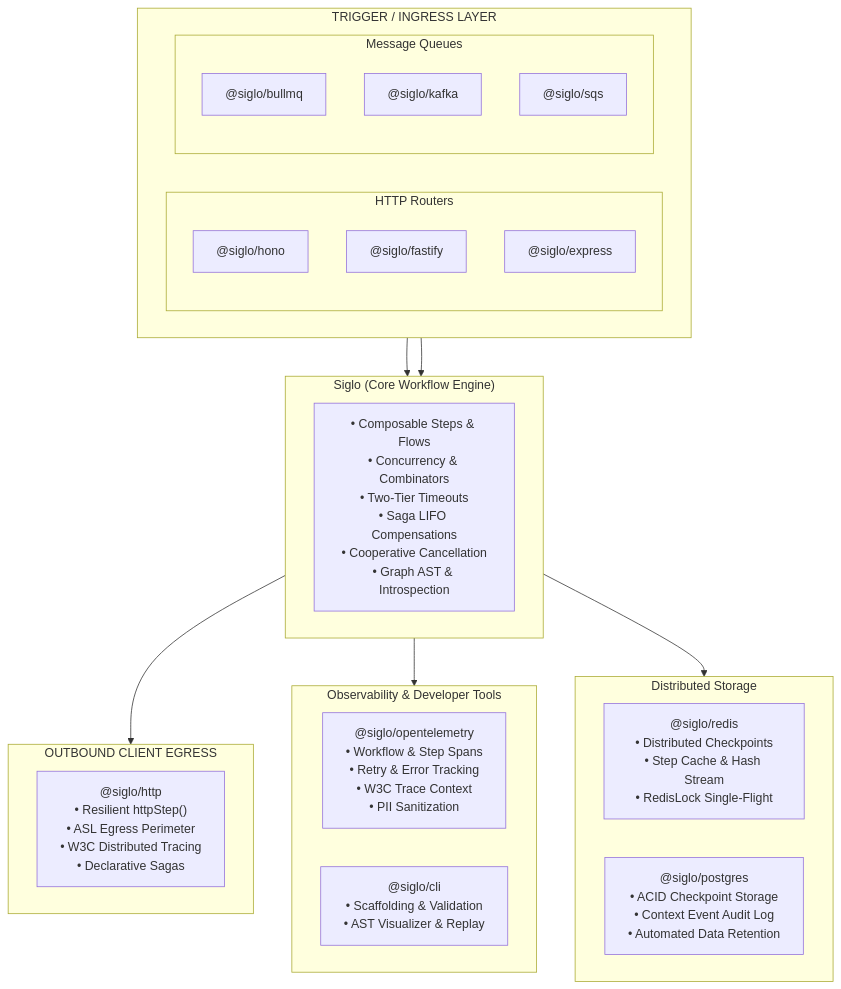
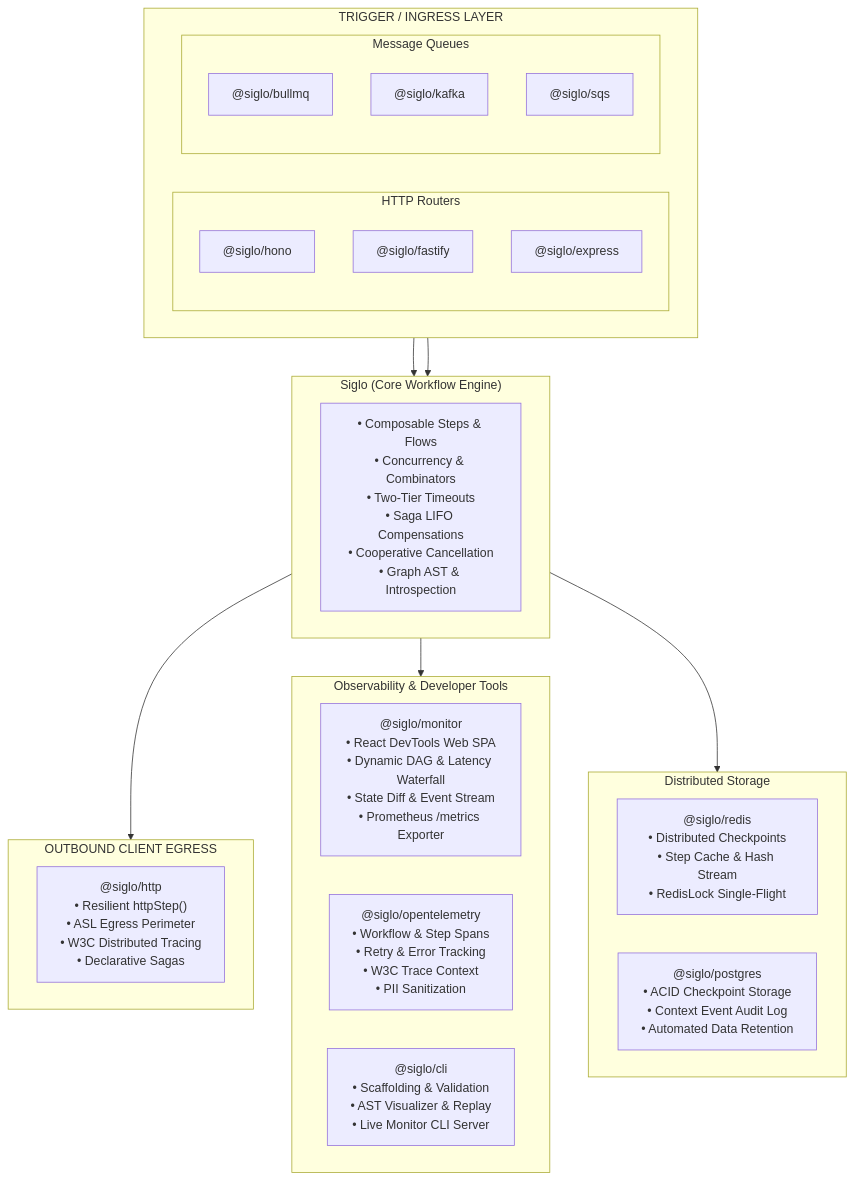
One commit to jsoftgem/siglo changed the diagram in docs/ecosystem-adapters.md. Above: the diagram before and after it, drawn with Mermaid. The commit also changed other lines of this file and 94 other files, not shown here.

First line of the commit message:
feat(monitor): implement live monitoring DevTools, React UI, and security controls

````diff
--- a/docs/ecosystem-adapters.md
+++ b/docs/ecosystem-adapters.md
@@ -31,40 +32,41 @@
 ```mermaid
 flowchart TD
     subgraph INGRESS["TRIGGER / INGRESS LAYER"]
         direction LR
         subgraph HTTP["HTTP Routers"]
             Hono["@siglo/hono"]
             Fastify["@siglo/fastify"]
             Express["@siglo/express"]
         end
         subgraph QUEUES["Message Queues"]
             BullMQ["@siglo/bullmq"]
             Kafka["@siglo/kafka"]
             SQS["@siglo/sqs"]
         end
     end
 
     subgraph ENGINE["Siglo (Core Workflow Engine)"]
         Core["• Composable Steps & Flows<br/>• Concurrency & Combinators<br/>• Two-Tier Timeouts<br/>• Saga LIFO Compensations<br/>• Cooperative Cancellation<br/>• Graph AST & Introspection"]
     end
 
     subgraph EGRESS["OUTBOUND CLIENT EGRESS"]
         HttpClient["@siglo/http<br/>• Resilient httpStep()<br/>• ASL Egress Perimeter<br/>• W3C Distributed Tracing<br/>• Declarative Sagas"]
     end
 
     subgraph OBS["Observability & Developer Tools"]
+        Monitor["@siglo/monitor<br/>• React DevTools Web SPA<br/>• Dynamic DAG & Latency Waterfall<br/>• State Diff & Event Stream<br/>• Prometheus /metrics Exporter"]
         OTel["@siglo/opentelemetry<br/>• Workflow & Step Spans<br/>• Retry & Error Tracking<br/>• W3C Trace Context<br/>• PII Sanitization"]
-        CLI["@siglo/cli<br/>• Scaffolding & Validation<br/>• AST Visualizer & Replay"]
+        CLI["@siglo/cli<br/>• Scaffolding & Validation<br/>• AST Visualizer & Replay<br/>• Live Monitor CLI Server"]
     end
 
     subgraph STORAGE["Distributed Storage"]
         Redis["@siglo/redis<br/>• Distributed Checkpoints<br/>• Step Cache & Hash Stream<br/>• RedisLock Single-Flight"]
         Postgres["@siglo/postgres<br/>• ACID Checkpoint Storage<br/>• Context Event Audit Log<br/>• Automated Data Retention"]
     end
 
     HTTP --> ENGINE
     QUEUES --> ENGINE
     ENGINE --> EGRESS
     ENGINE --> OBS
     ENGINE --> STORAGE
 ```
````
